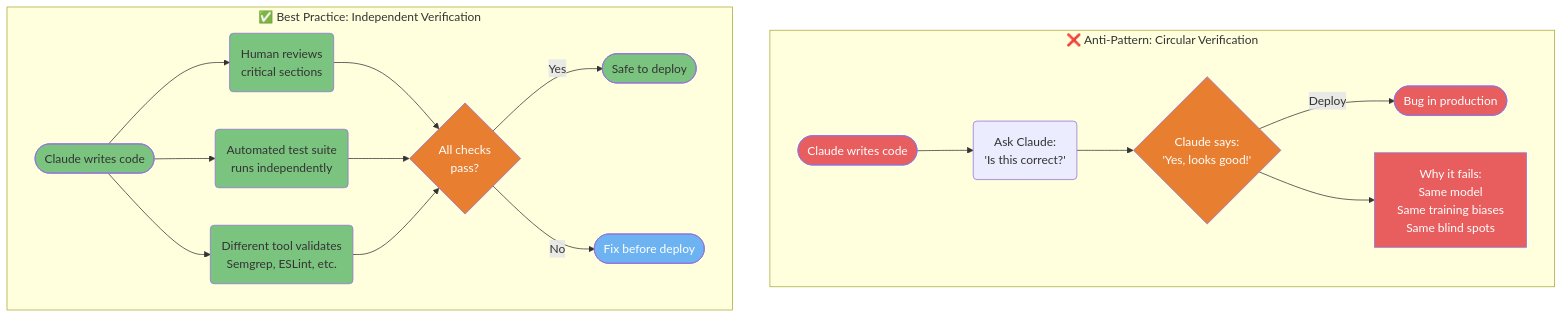
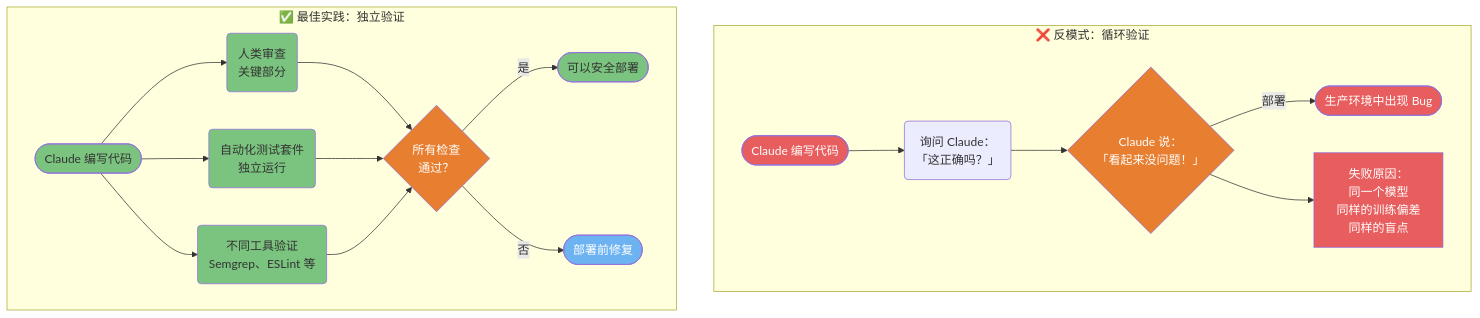
Before and after one commit to lawrencewzen/aispark-wiki: the third of 4 diagrams in claude-code/diagrams/08-security-and-production.md, drawn with Mermaid. The commit also changed other lines of this file and 82 other files, not shown here.

First line of the commit message:
feat: 完成 claude-code/ 目录全量中文翻译

````diff
--- a/claude-code/diagrams/08-security-and-production.md
+++ b/claude-code/diagrams/08-security-and-production.md
@@ -176,42 +176,42 @@
 ```mermaid
 flowchart TD
-    subgraph BAD["❌ Anti-Pattern: Circular Verification"]
-        BA([Claude writes code]) --> BB(Ask Claude:<br/>'Is this correct?')
-        BB --> BC{Claude says:<br/>'Yes, looks good!'}
-        BC -->|Deploy| BD([Bug in production])
-        BC --> BE["Why it fails:<br/>Same model<br/>Same training biases<br/>Same blind spots"]
+    subgraph BAD["❌ 反模式：循环验证"]
+        BA([Claude 编写代码]) --> BB(询问 Claude：<br/>「这正确吗？」)
+        BB --> BC{Claude 说：<br/>「看起来没问题！」}
+        BC -->|部署| BD([生产环境中出现 Bug])
+        BC --> BE["失败原因：<br/>同一个模型<br/>同样的训练偏差<br/>同样的盲点"]
         style BA fill:#E85D5D,color:#fff
         style BD fill:#E85D5D,color:#fff
         style BE fill:#E85D5D,color:#fff
         style BC fill:#E87E2F,color:#fff
     end
 
-    subgraph GOOD["✅ Best Practice: Independent Verification"]
-        GA([Claude writes code]) --> GB(Human reviews<br/>critical sections)
-        GA --> GC(Automated test suite<br/>runs independently)
-        GA --> GD(Different tool validates<br/>Semgrep, ESLint, etc.)
-        GB & GC & GD --> GE{All checks<br/>pass?}
-        GE -->|Yes| GF([Safe to deploy])
-        GE -->|No| GG([Fix before deploy])
+    subgraph GOOD["✅ 最佳实践：独立验证"]
+        GA([Claude 编写代码]) --> GB(人类审查<br/>关键部分)
+        GA --> GC(自动化测试套件<br/>独立运行)
+        GA --> GD(不同工具验证<br/>Semgrep、ESLint 等)
+        GB & GC & GD --> GE{所有检查<br/>通过？}
+        GE -->|是| GF([可以安全部署])
+        GE -->|否| GG([部署前修复])
         style GA fill:#7BC47F,color:#333
         style GB fill:#7BC47F,color:#333
         style GC fill:#7BC47F,color:#333
         style GD fill:#7BC47F,color:#333
         style GF fill:#7BC47F,color:#333
         style GE fill:#E87E2F,color:#fff
         style GG fill:#6DB3F2,color:#fff
     end
 
-    click BA href "https://github.com/claude-code-ultimate-guide/claude-code-ultimate-guide/blob/main/guide/security/production-safety.md" "Claude writes code (anti-pattern)"
-    click BB href "https://github.com/claude-code-ultimate-guide/claude-code-ultimate-guide/blob/main/guide/security/production-safety.md" "Ask Claude to verify"
-    click BC href "https://github.com/claude-code-ultimate-guide/claude-code-ultimate-guide/blob/main/guide/security/production-safety.md" "Claude says looks good"
-    click BD href "https://github.com/claude-code-ultimate-guide/claude-code-ultimate-guide/blob/main/guide/security/production-safety.md" "Bug in production"
-    click BE href "https://github.com/claude-code-ultimate-guide/claude-code-ultimate-guide/blob/main/guide/security/production-safety.md" "Why it fails"
-    click GA href "https://github.com/claude-code-ultimate-guide/claude-code-ultimate-guide/blob/main/guide/security/production-safety.md" "Claude writes code (best practice)"
-    click GB href "https://github.com/claude-code-ultimate-guide/claude-code-ultimate-guide/blob/main/guide/security/production-safety.md" "Human reviews critical sections"
-    click GC href "https://github.com/claude-code-ultimate-guide/claude-code-ultimate-guide/blob/main/guide/security/production-safety.md" "Automated test suite"
-    click GD href "https://github.com/claude-code-ultimate-guide/claude-code-ultimate-guide/blob/main/guide/security/production-safety.md" "Different tool validates"
-    click GE href "https://github.com/claude-code-ultimate-guide/claude-code-ultimate-guide/blob/main/guide/security/production-safety.md" "All checks pass?"
-    click GF href "https://github.com/claude-code-ultimate-guide/claude-code-ultimate-guide/blob/main/guide/security/production-safety.md" "Safe to deploy"
-    click GG href "https://github.com/claude-code-ultimate-guide/claude-code-ultimate-guide/blob/main/guide/security/production-safety.md" "Fix before deploy"
+    click BA href "https://github.com/claude-code-ultimate-guide/claude-code-ultimate-guide/blob/main/guide/security/production-safety.md" "Claude 编写代码（反模式）"
+    click BB href "https://github.com/claude-code-ultimate-guide/claude-code-ultimate-guide/blob/main/guide/security/production-safety.md" "让 Claude 验证"
+    click BC href "https://github.com/claude-code-ultimate-guide/claude-code-ultimate-guide/blob/main/guide/security/production-safety.md" "Claude 说没问题"
+    click BD href "https://github.com/claude-code-ultimate-guide/claude-code-ultimate-guide/blob/main/guide/security/production-safety.md" "生产环境中出现 Bug"
+    click BE href "https://github.com/claude-code-ultimate-guide/claude-code-ultimate-guide/blob/main/guide/security/production-safety.md" "失败原因"
+    click GA href "https://github.com/claude-code-ultimate-guide/claude-code-ultimate-guide/blob/main/guide/security/production-safety.md" "Claude 编写代码（最佳实践）"
+    click GB href "https://github.com/claude-code-ultimate-guide/claude-code-ultimate-guide/blob/main/guide/security/production-safety.md" "人类审查关键部分"
+    click GC href "https://github.com/claude-code-ultimate-guide/claude-code-ultimate-guide/blob/main/guide/security/production-safety.md" "自动化测试套件"
+    click GD href "https://github.com/claude-code-ultimate-guide/claude-code-ultimate-guide/blob/main/guide/security/production-safety.md" "不同工具验证"
+    click GE href "https://github.com/claude-code-ultimate-guide/claude-code-ultimate-guide/blob/main/guide/security/production-safety.md" "所有检查通过？"
+    click GF href "https://github.com/claude-code-ultimate-guide/claude-code-ultimate-guide/blob/main/guide/security/production-safety.md" "可以安全部署"
+    click GG href "https://github.com/claude-code-ultimate-guide/claude-code-ultimate-guide/blob/main/guide/security/production-safety.md" "部署前修复"
 ```
````
